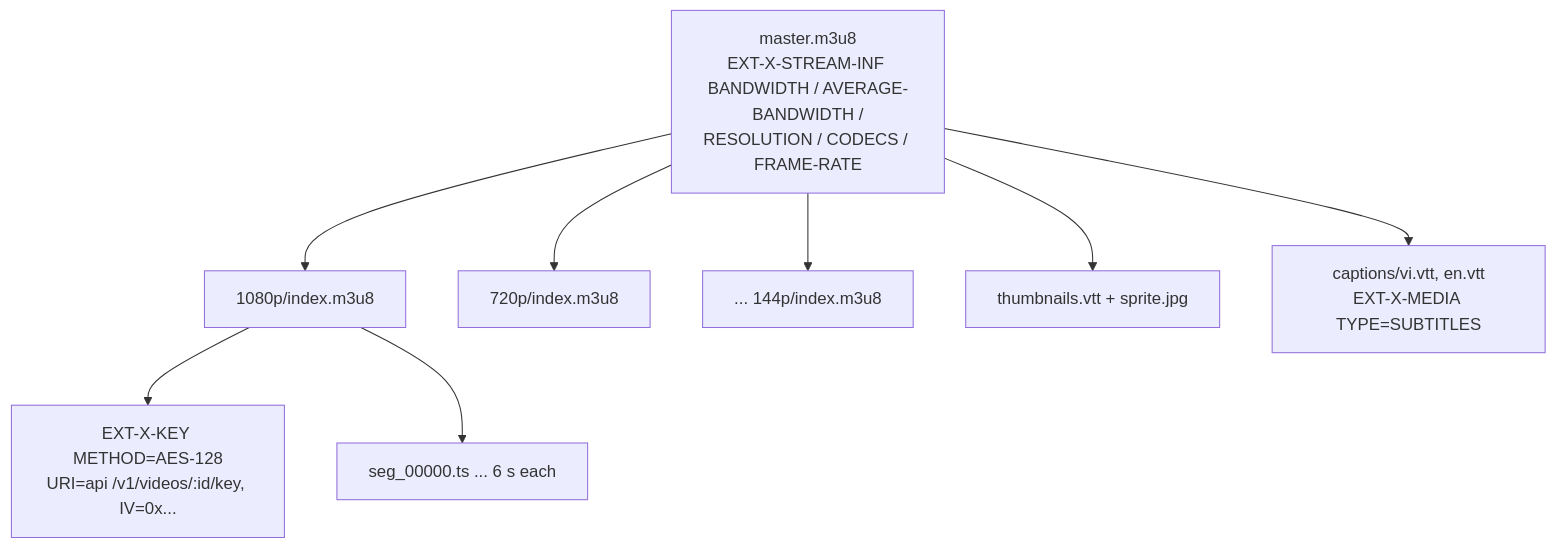
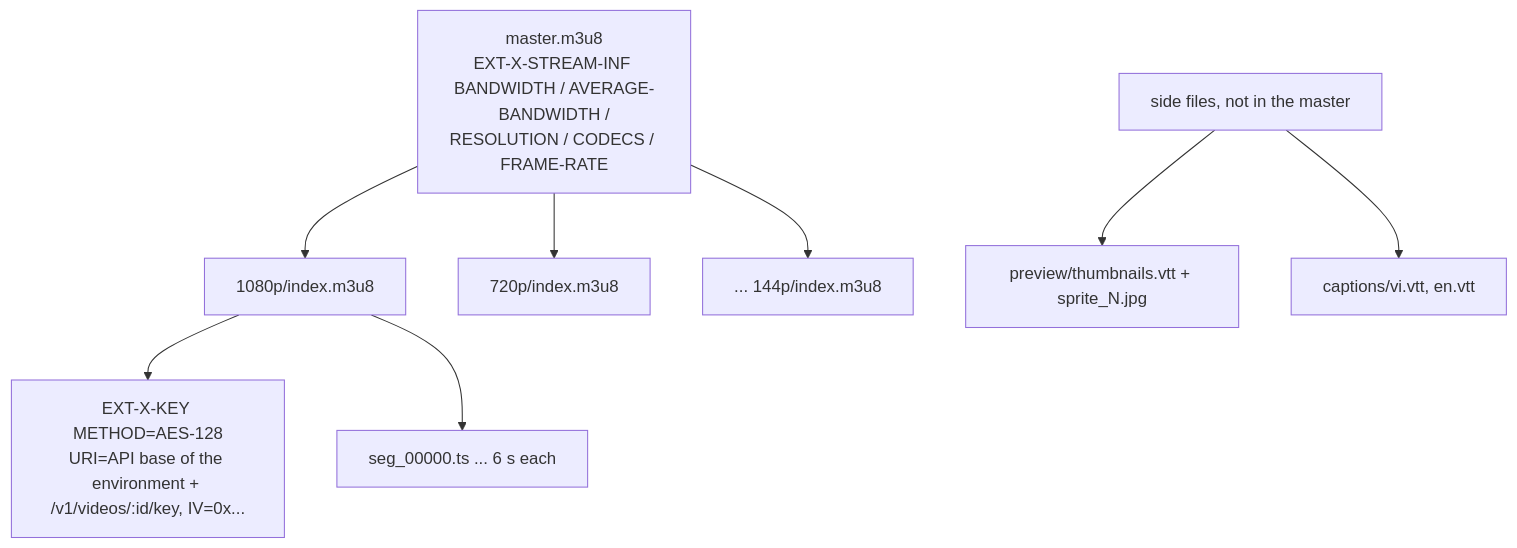
One commit to DinhQuocCuong28664/DACNTT_VideoStreaming changed the third of 7 diagrams in docs/ARCHITECTURE.md. Above: the diagram before and after it, drawn with Mermaid. The commit also changed other lines of this file and 1 other file, not shown here.

First line of the commit message:
docs(architecture): correct the design after a full review

````diff
--- a/docs/ARCHITECTURE.md
+++ b/docs/ARCHITECTURE.md
@@ -177,11 +216,11 @@
 ```mermaid
 flowchart TD
   M[master.m3u8<br/>EXT-X-STREAM-INF BANDWIDTH / AVERAGE-BANDWIDTH /<br/>RESOLUTION / CODECS / FRAME-RATE]
   M --> R1[1080p/index.m3u8]
   M --> R2[720p/index.m3u8]
   M --> R3[... 144p/index.m3u8]
-  R1 --> K[EXT-X-KEY METHOD=AES-128<br/>URI=api /v1/videos/:id/key, IV=0x...]
+  R1 --> K[EXT-X-KEY METHOD=AES-128<br/>URI=API base of the environment + /v1/videos/:id/key, IV=0x...]
   R1 --> S1[seg_00000.ts ... 6 s each]
-  M --> T[thumbnails.vtt + sprite.jpg]
-  M --> C[captions/vi.vtt, en.vtt<br/>EXT-X-MEDIA TYPE=SUBTITLES]
+  X[side files, not in the master] --> T[preview/thumbnails.vtt + sprite_N.jpg]
+  X --> C[captions/vi.vtt, en.vtt]
 ```
````
